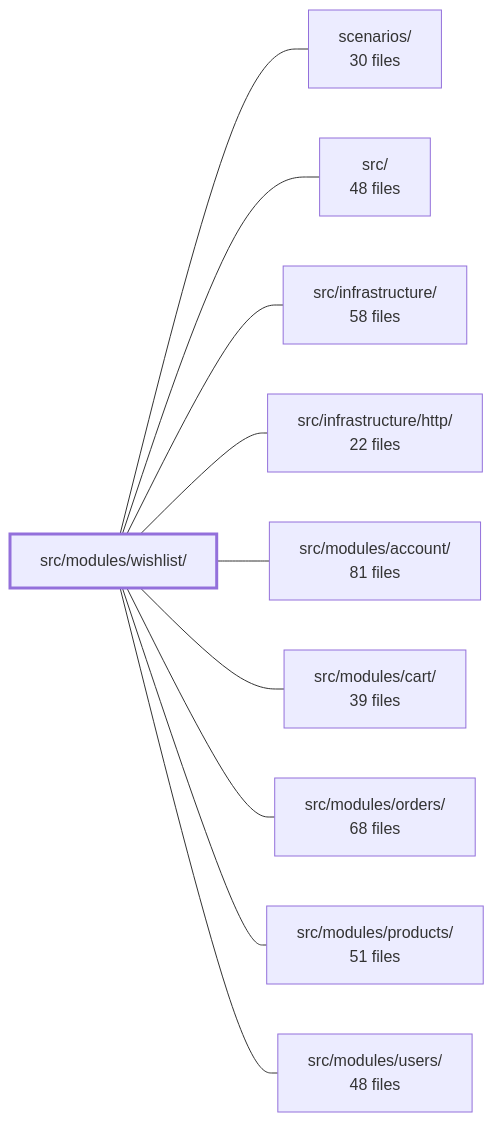
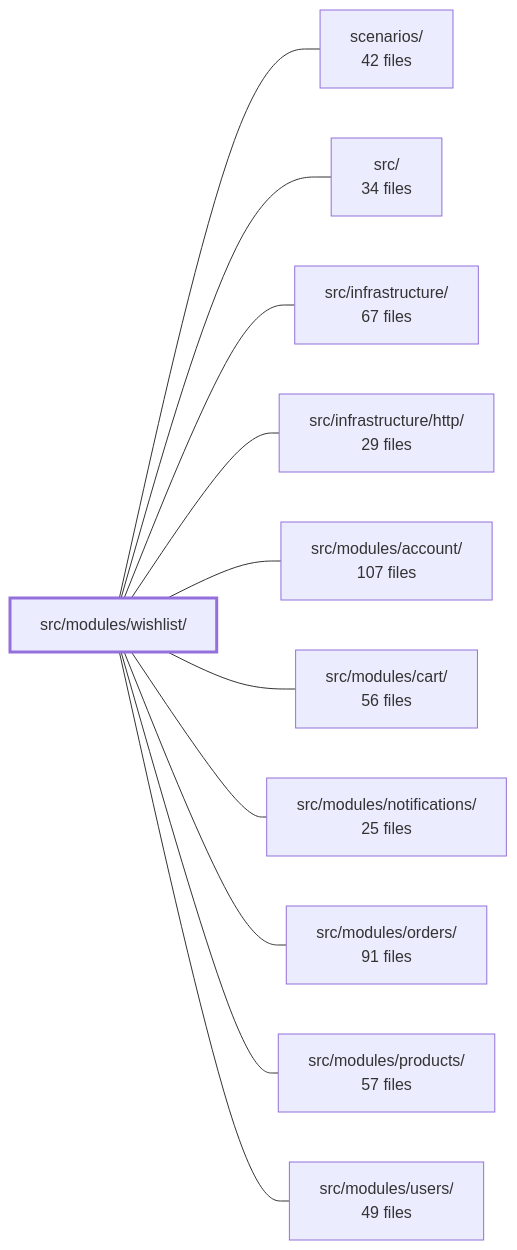
One commit to Guebbit/boilerplate-node-backend changed the diagram in .2brain/modules/boilerplate-node-backend_src_modules_wishlist.md. Above: the diagram before and after it, drawn with Mermaid. The commit also changed other lines of this file and 106 other files, not shown here.

````diff
--- a/.2brain/modules/boilerplate-node-backend_src_modules_wishlist.md
+++ b/.2brain/modules/boilerplate-node-backend_src_modules_wishlist.md
@@ -42,23 +40,25 @@
 ```mermaid
 flowchart LR
     m_src_modules_wishlist["src/modules/wishlist/"]
-    m_scenarios["scenarios/<br/>30 files"]
-    m_src["src/<br/>48 files"]
-    m_src_infrastructure["src/infrastructure/<br/>58 files"]
-    m_src_infrastructure_http["src/infrastructure/http/<br/>22 files"]
-    m_src_modules_account["src/modules/account/<br/>81 files"]
-    m_src_modules_cart["src/modules/cart/<br/>39 files"]
-    m_src_modules_orders["src/modules/orders/<br/>68 files"]
-    m_src_modules_products["src/modules/products/<br/>51 files"]
-    m_src_modules_users["src/modules/users/<br/>48 files"]
+    m_scenarios["scenarios/<br/>42 files"]
+    m_src["src/<br/>34 files"]
+    m_src_infrastructure["src/infrastructure/<br/>67 files"]
+    m_src_infrastructure_http["src/infrastructure/http/<br/>29 files"]
+    m_src_modules_account["src/modules/account/<br/>107 files"]
+    m_src_modules_cart["src/modules/cart/<br/>56 files"]
+    m_src_modules_notifications["src/modules/notifications/<br/>25 files"]
+    m_src_modules_orders["src/modules/orders/<br/>91 files"]
+    m_src_modules_products["src/modules/products/<br/>57 files"]
+    m_src_modules_users["src/modules/users/<br/>49 files"]
     m_src_modules_wishlist --- m_scenarios
     m_src_modules_wishlist --- m_src
     m_src_modules_wishlist --- m_src_infrastructure
     m_src_modules_wishlist --- m_src_infrastructure_http
     m_src_modules_wishlist --- m_src_modules_account
     m_src_modules_wishlist --- m_src_modules_cart
+    m_src_modules_wishlist --- m_src_modules_notifications
     m_src_modules_wishlist --- m_src_modules_orders
     m_src_modules_wishlist --- m_src_modules_products
     m_src_modules_wishlist --- m_src_modules_users
     style m_src_modules_wishlist stroke-width:3px
 ```
````
